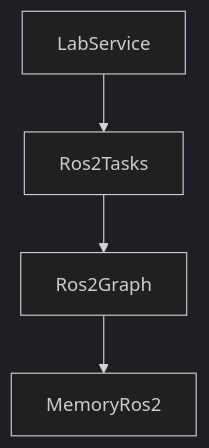
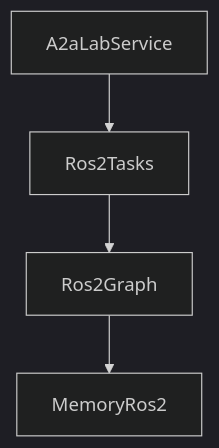
One commit to A3Analytics/a2a-lab-dev-kit-rs changed the diagram in backlog/docs/reference/ros-2/doc-9 - ROS-2.md. Above: the diagram before and after it, drawn with Mermaid (dark theme). The commit also changed other lines of this file and 24 other files, not shown here.

First line of the commit message:
Refactor documentation to standardize references to A2aLabService and remove outdated content

````diff
--- a/backlog/docs/reference/ros-2/doc-9 - ROS-2.md
+++ b/backlog/docs/reference/ros-2/doc-9 - ROS-2.md
@@ -17,8 +17,8 @@
 ```mermaid
 flowchart TD
   accTitle: ROS 2 task call path
-  accDescr: LabService connects to Ros2Tasks. Ros2Tasks connects to Ros2Graph. Ros2Graph connects to MemoryRos2.
-  labService["LabService"] --> rosTasks["Ros2Tasks"]
+  accDescr: A2aLabService connects to Ros2Tasks. Ros2Tasks connects to Ros2Graph. Ros2Graph connects to MemoryRos2.
+  labService["A2aLabService"] --> rosTasks["Ros2Tasks"]
   rosTasks --> actionApi["Ros2Graph"]
   actionApi --> memoryRos["MemoryRos2"]
 ```
````
